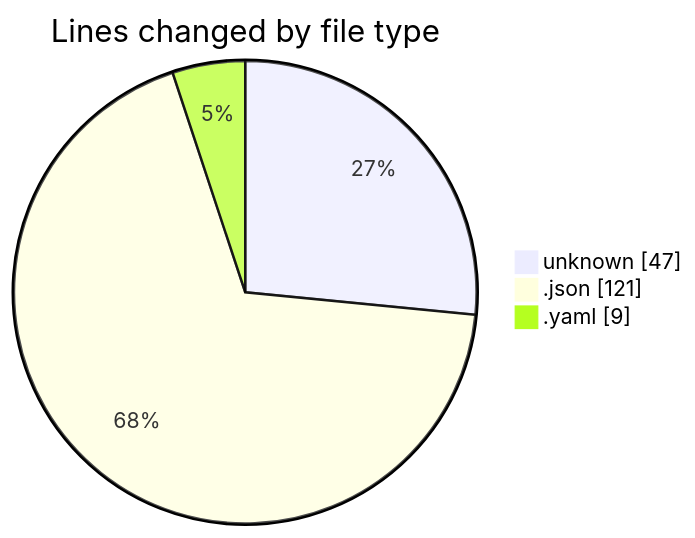
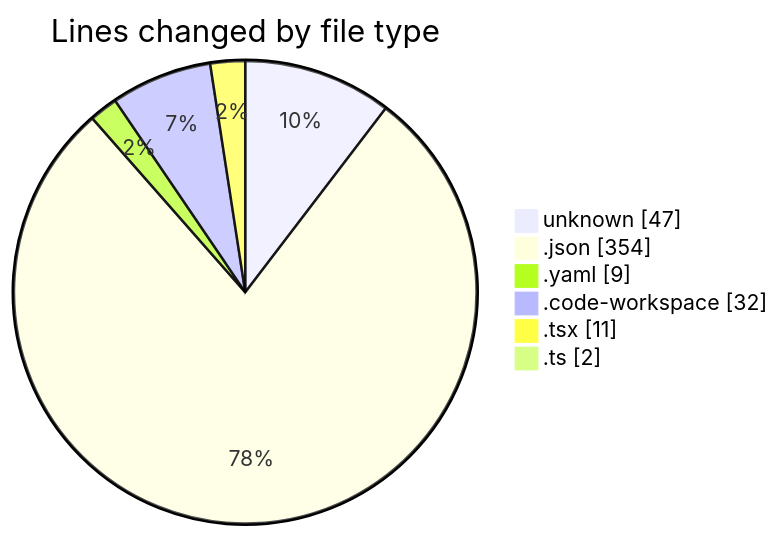
Before and after one commit to jadenblack/code-tracking: the first of 2 diagrams in 2026-03-04/shadcn-admin-kit-main__workspace_/README.md, drawn with Mermaid. The commit also changed other lines of this file and 1 other file, not shown here.

````diff
--- a/2026-03-04/shadcn-admin-kit-main__workspace_/README.md
+++ b/2026-03-04/shadcn-admin-kit-main__workspace_/README.md
@@ -23,7 +30,10 @@
 ```mermaid
 pie showData
 title Lines changed by file type
 "unknown" : 47
-".json" : 121
+".json" : 354
 ".yaml" : 9
+".code-workspace" : 32
+".tsx" : 11
+".ts" : 2
 ```
````
